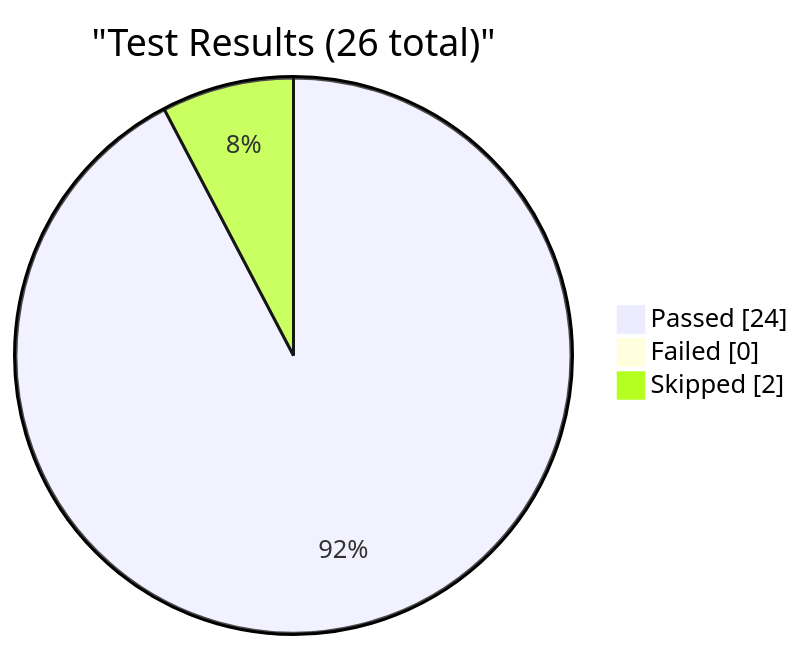
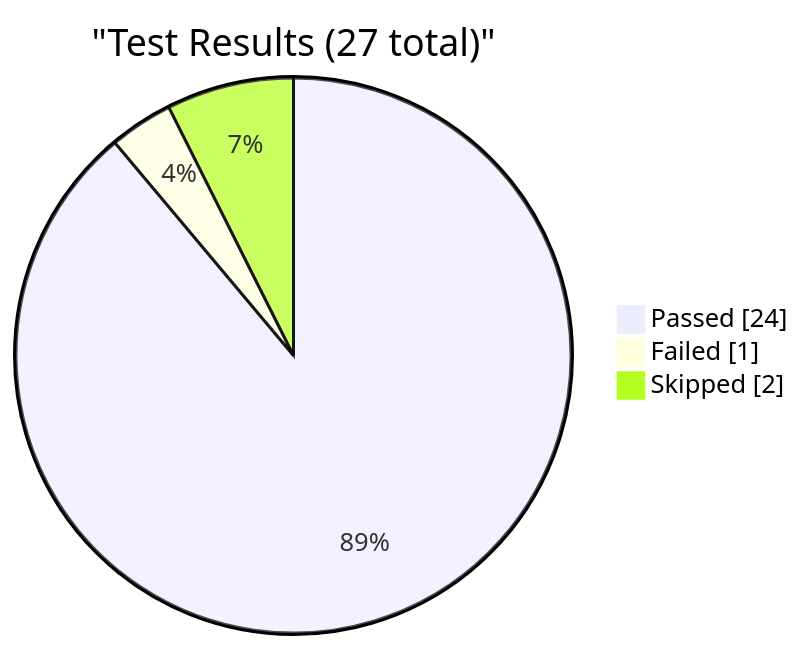
The first of 6 diagrams in reports/dashboard.md (EliteaAI/onetest-ai-tm-Elitea), drawn with Mermaid before and after one commit. The commit also changed other lines of this file and 1 other file, not shown here.

Commit message:
dashboard: update test metrics for RUN-ELITEA-2026-10-19-299-DEV-CHAT-FAILED

````diff
--- a/reports/dashboard.md
+++ b/reports/dashboard.md
@@ -9,7 +9,7 @@
 ```mermaid
 pie showData
-    title "Test Results (26 total)"
+    title "Test Results (27 total)"
     "Passed" : 24
-    "Failed" : 0
+    "Failed" : 1
     "Skipped" : 2
 ```
````
